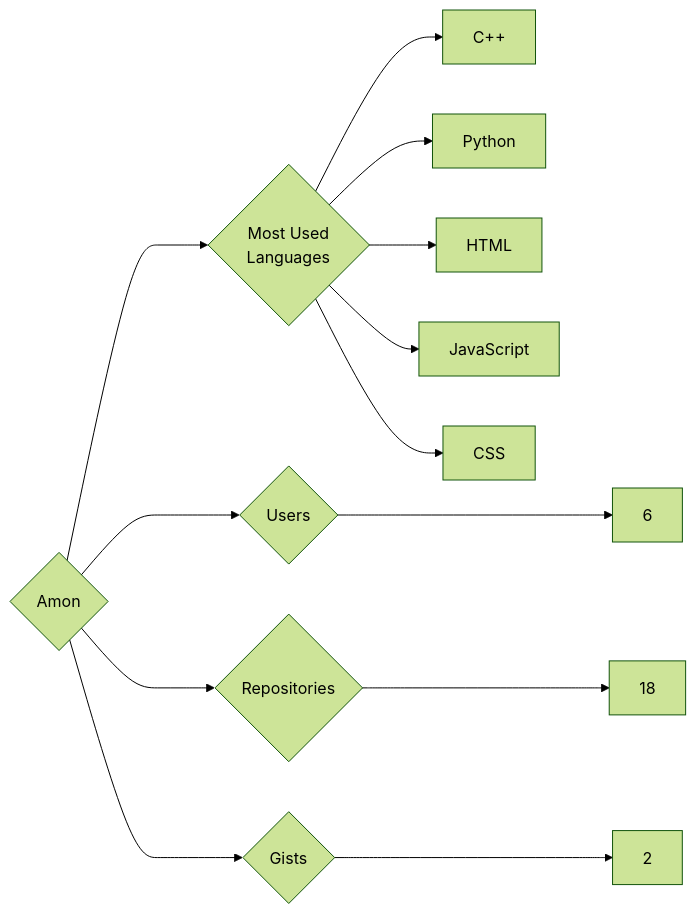
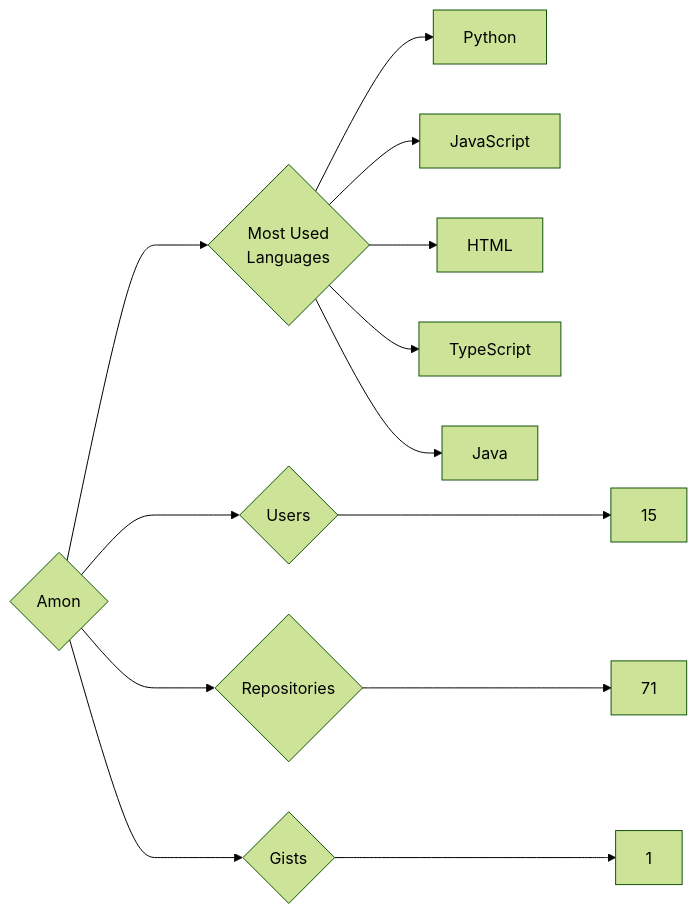
The diagram in targets/Amon/README.md (trickest/insiders), drawn with Mermaid (forest theme) before and after one commit. The commit also changed 898 other files, not shown here.

````diff
--- a/targets/Amon/README.md
+++ b/targets/Amon/README.md
@@ -3,13 +3,13 @@
 ```mermaid
 graph LR
 COMPANY_NAME{Amon}
-COMPANY_NAME ---> U{Users} ---> UN[6]
-COMPANY_NAME ---> R{Repositories} ---> RN[18]
-COMPANY_NAME ---> G{Gists} ---> GN[2]
+COMPANY_NAME ---> U{Users} ---> UN[15]
+COMPANY_NAME ---> R{Repositories} ---> RN[71]
+COMPANY_NAME ---> G{Gists} ---> GN[1]
 COMPANY_NAME ---> ML{Most Used<br>Languages}
-ML --> C++[C++]
 ML --> Python[Python]
+ML --> JavaScript[JavaScript]
 ML --> HTML[HTML]
-ML --> JavaScript[JavaScript]
-ML --> CSS[CSS]
+ML --> TypeScript[TypeScript]
+ML --> Java[Java]
 ```
````
